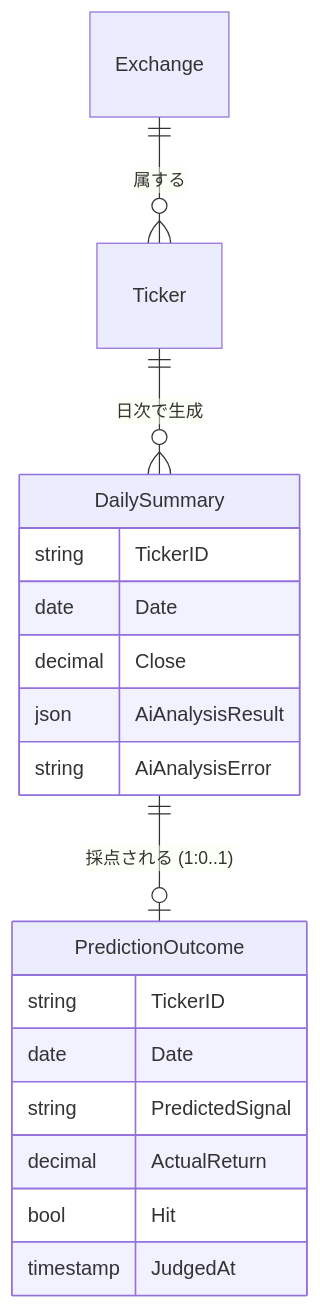
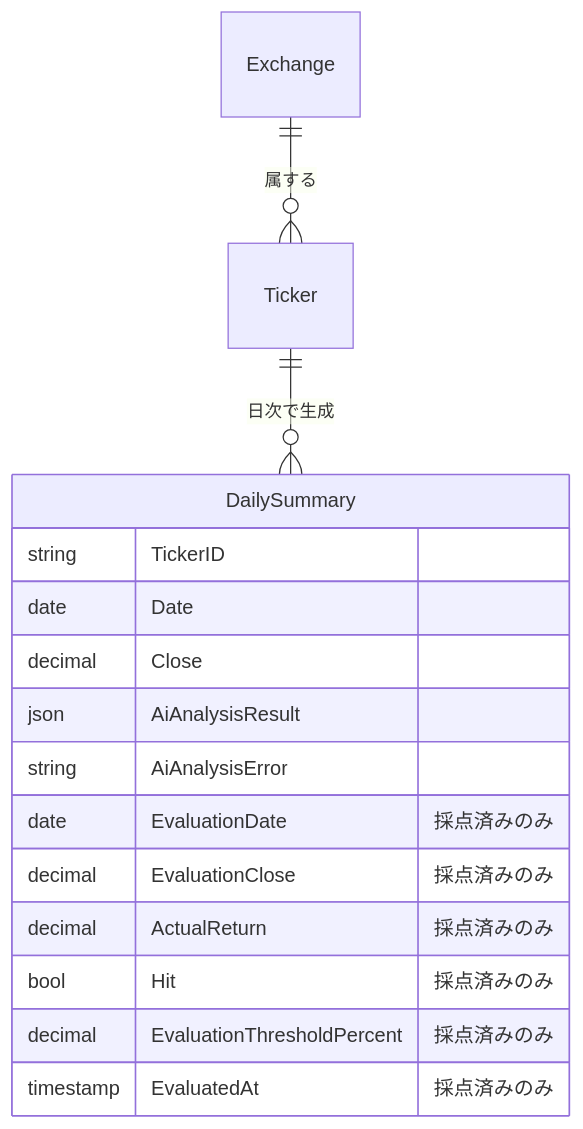
The second of 2 diagrams in tasks/stock-tracer-prediction-evaluation/external-design.md (nagiyu/nagiyu-platform), drawn with Mermaid before and after one commit. The commit also changed other lines of this file and 4 other files, not shown here.

First line of the commit message:
docs(stock-tracker): 採点結果を独立エンティティから DailySummary 統合へ変更（#3018）

````diff
--- a/tasks/stock-tracer-prediction-evaluation/external-design.md
+++ b/tasks/stock-tracer-prediction-evaluation/external-design.md
@@ -137,21 +138,18 @@
 ```mermaid
 erDiagram
     Exchange ||--o{ Ticker : "属する"
     Ticker ||--o{ DailySummary : "日次で生成"
-    DailySummary ||--o| PredictionOutcome : "採点される (1:0..1)"
     DailySummary {
         string TickerID
         date Date
         decimal Close
         json AiAnalysisResult
         string AiAnalysisError
-    }
-    PredictionOutcome {
-        string TickerID
-        date Date
-        string PredictedSignal
-        decimal ActualReturn
-        bool Hit
-        timestamp JudgedAt
+        date EvaluationDate "採点済みのみ"
+        decimal EvaluationClose "採点済みのみ"
+        decimal ActualReturn "採点済みのみ"
+        bool Hit "採点済みのみ"
+        decimal EvaluationThresholdPercent "採点済みのみ"
+        timestamp EvaluatedAt "採点済みのみ"
     }
 ```
````
